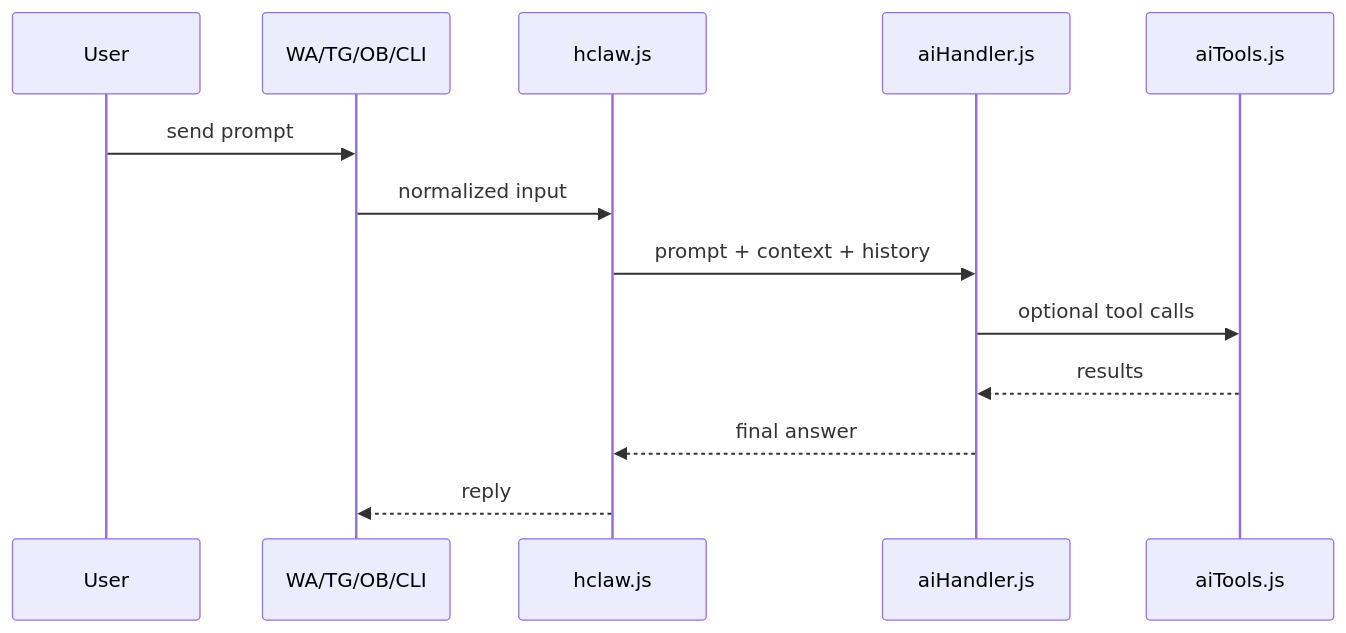
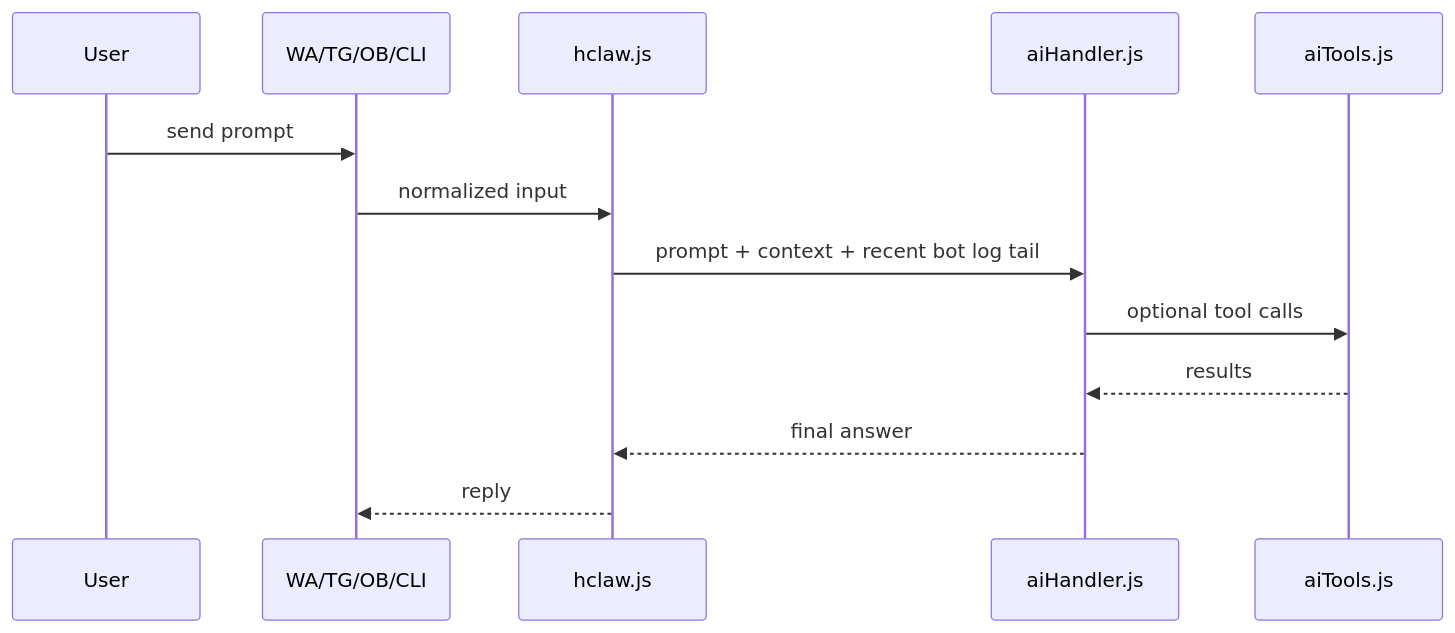
One commit to hseeda/10L-H-Claw changed the third of 5 diagrams in README.md. Above: the diagram before and after it, drawn with Mermaid. The commit also changed other lines of this file and 36 other files, not shown here.

````diff
--- a/README.md
+++ b/README.md
@@ -154,16 +154,16 @@
 ```mermaid
 sequenceDiagram
     participant User
     participant Client as WA/TG/OB/CLI
     participant Core as hclaw.js
     participant AI as aiHandler.js
     participant Tools as aiTools.js
 
     User->>Client: send prompt
     Client->>Core: normalized input
-    Core->>AI: prompt + context + history
+    Core->>AI: prompt + context + recent bot log tail
     AI->>Tools: optional tool calls
     Tools-->>AI: results
     AI-->>Core: final answer
     Core-->>Client: reply
 ```
````
